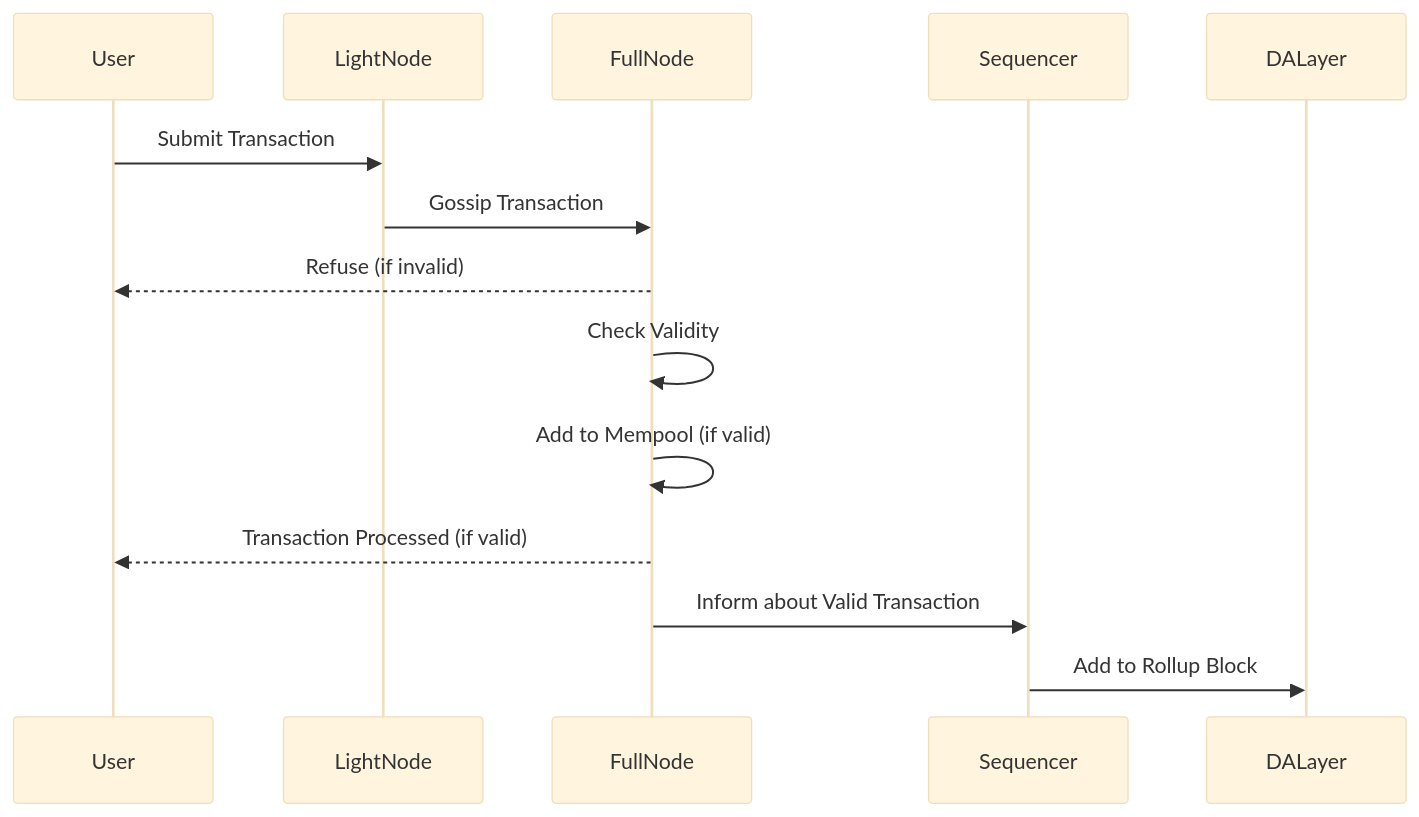
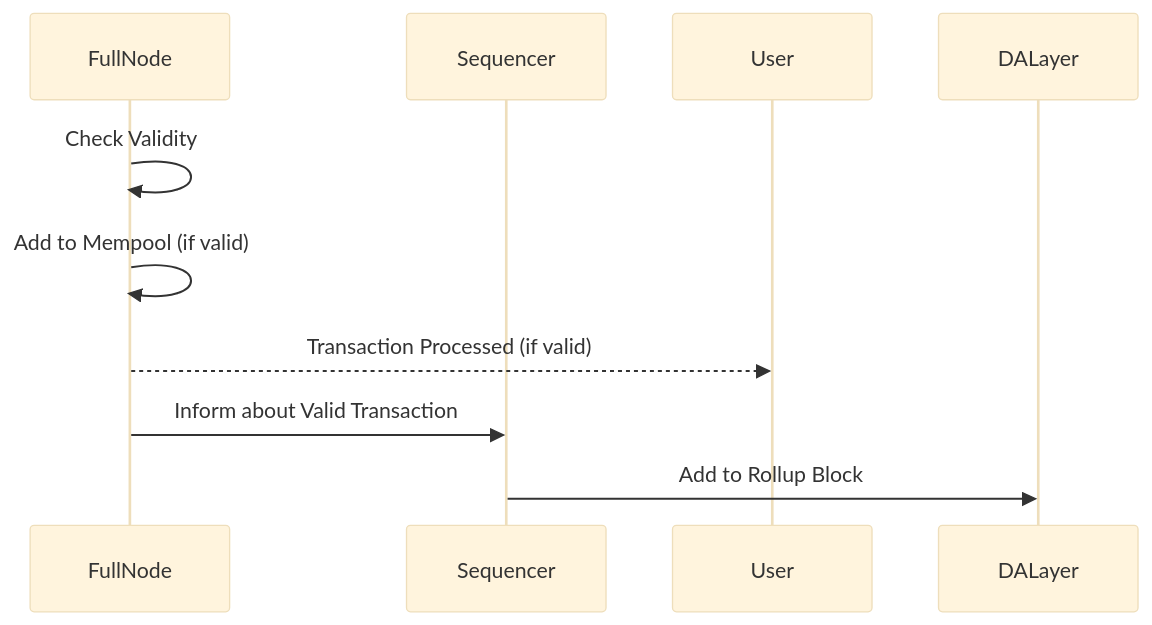
Before and after one commit to rollkit/docs: the second of 4 diagrams in reference/transaction-flow.md, drawn with Mermaid (base theme). The commit also changed other lines of this file, not shown here.

````diff
--- a/reference/transaction-flow.md
+++ b/reference/transaction-flow.md
@@ -16,17 +29,11 @@
 ```mermaid
 sequenceDiagram
-    participant User
-    participant LightNode
     participant FullNode
     participant Sequencer
 
-    User->>LightNode: Submit Transaction
-    LightNode->>FullNode: Gossip Transaction
-    FullNode-->>User: Refuse (if invalid)
     FullNode->>FullNode: Check Validity
     FullNode->>FullNode: Add to Mempool (if valid)
     FullNode-->>User: Transaction Processed (if valid)
     FullNode->>Sequencer: Inform about Valid Transaction
     Sequencer->>DALayer: Add to Rollup Block
-
 ```
````
